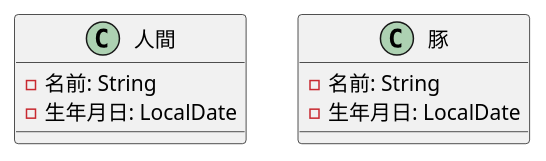
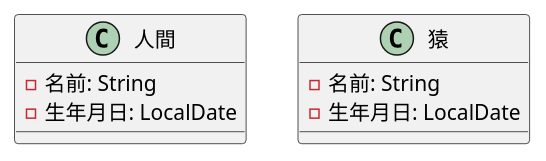
One commit to YamadaKyohei/plantuml-actions-test changed the diagram in test.puml. Above: the diagram before and after it, drawn with PlantUML.

```diff
--- a/test.puml
+++ b/test.puml
@@ -1,13 +1,13 @@
 @startuml
 
 class 人間 {
 	- 名前: String
 	- 生年月日: LocalDate
 }
 
-class 豚 {
+class 猿 {
 	- 名前: String
 	- 生年月日: LocalDate
 }
 
 @enduml
```
